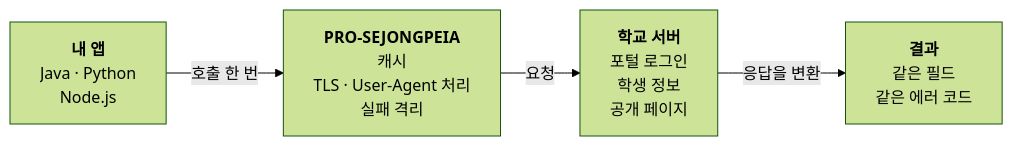
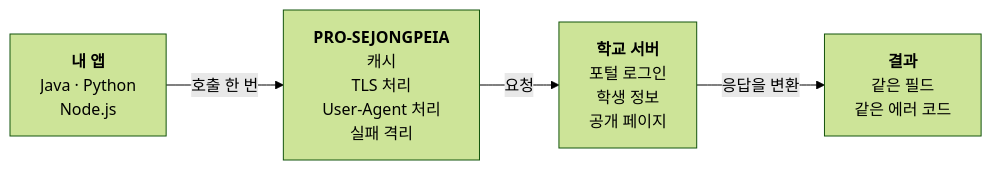
Before and after one commit to Cassiiopeia/pro-sejong-auth: the diagram in docs/assets/diagrams/overview.ko.mmd, drawn with Mermaid (forest theme). The commit also changed 11 other files, not shown here.

Commit message:
README와 사이트를 읽기 편하게 정돈하고 플로우차트를 추가 : docs : 차트 글자 크기와 좁은 화면 배치, 표 최소 폭, 안내 상자 색, FAQ·개설강좌 한눈 요약을 다듬기 https://github.com/Cassiiopeia/pro-sejongpeia/issues/148

```diff
--- a/docs/assets/diagrams/overview.ko.mmd
+++ b/docs/assets/diagrams/overview.ko.mmd
@@ -1,10 +1,10 @@
 %% alt: 내 앱이 라이브러리를 한 번 호출하면 라이브러리가 캐시, TLS와 User-Agent 처리, 실패 격리를 맡아 학교 서버에 요청하고, 같은 모양의 결과로 돌려준다
 %% narrow: TB
 flowchart LR
   app["<b>내 앱</b><br/>Java · Python<br/>Node.js"]:::neutral
-  lib["<b>PRO-SEJONGPEIA</b><br/>캐시<br/>TLS · User-Agent 처리<br/>실패 격리"]:::accent
+  lib["<b>PRO#8209;SEJONGPEIA</b><br/>캐시<br/>TLS 처리<br/>User-Agent 처리<br/>실패 격리"]:::accent
   school["<b>학교 서버</b><br/>포털 로그인<br/>학생 정보<br/>공개 페이지"]:::neutral
   result["<b>결과</b><br/>같은 필드<br/>같은 에러 코드"]:::soft
   app -->|"호출 한 번"| lib
   lib -->|"요청"| school
   school -->|"응답을 변환"| result
```
